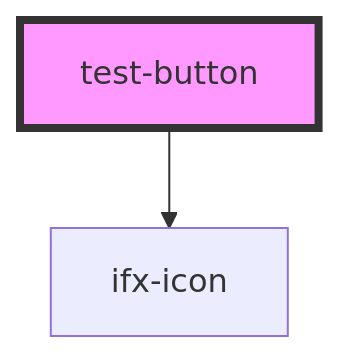
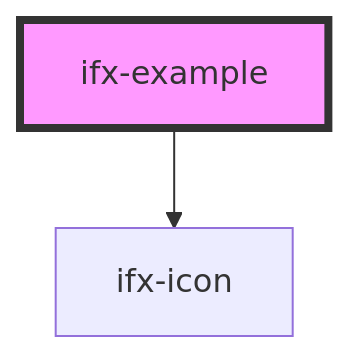
One commit to Infineon/infineon-design-system-stencil changed the diagram in packages/components/src/components/template-story-with-markdown/readme.md. Above: the diagram before and after it, drawn with Mermaid. The commit also changed other lines of this file and 12 other files, not shown here.

Commit message:
button component reworked; added example story with documentation + image

````diff
--- a/packages/components/src/components/template-story-with-markdown/readme.md
+++ b/packages/components/src/components/template-story-with-markdown/readme.md
@@ -42,5 +43,5 @@
 ```mermaid
 graph TD;
-  test-button --> ifx-icon
-  style test-button fill:#f9f,stroke:#333,stroke-width:4px
+  ifx-example --> ifx-icon
+  style ifx-example fill:#f9f,stroke:#333,stroke-width:4px
 ```
````
